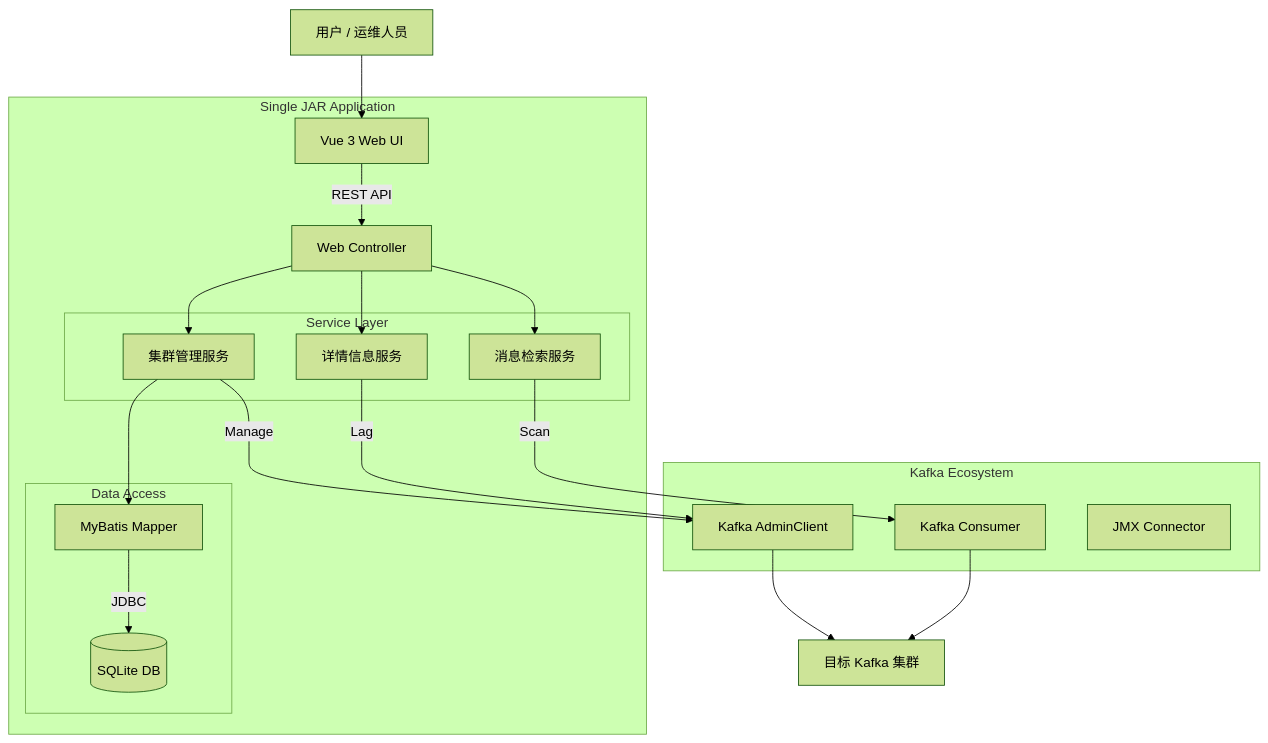
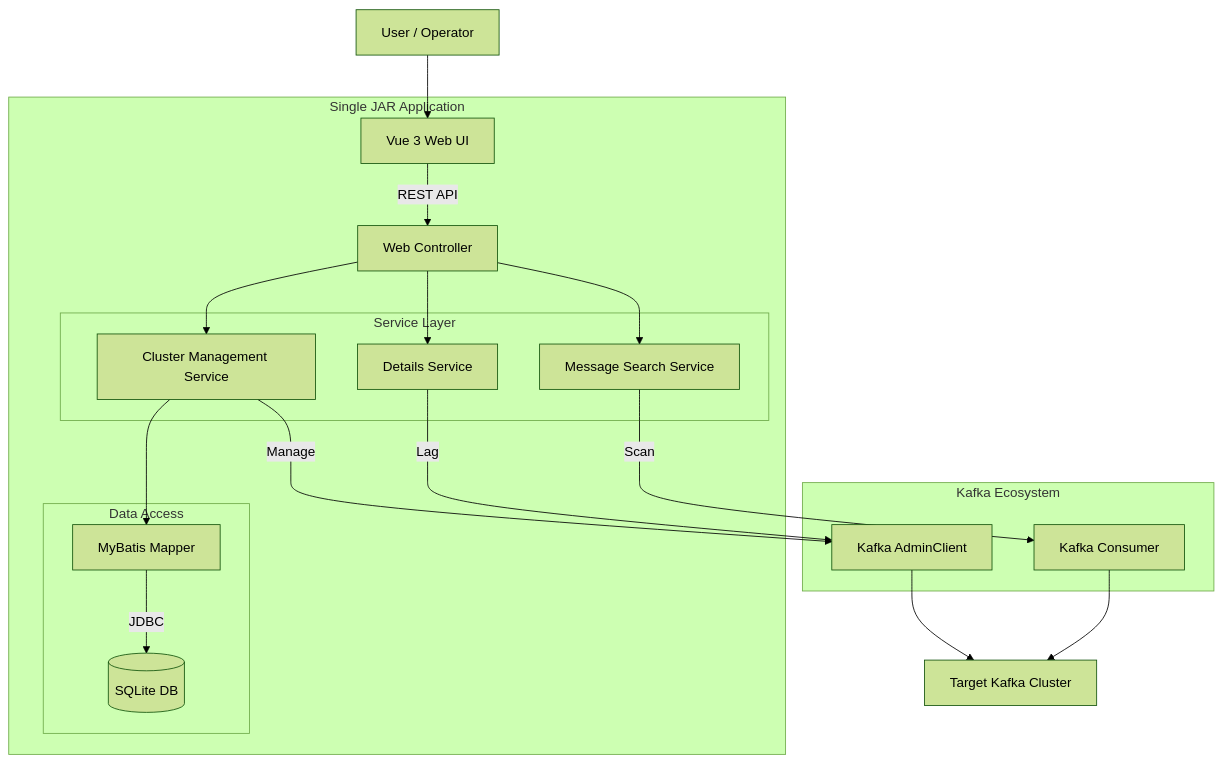
The second of 2 diagrams in README.md (reset-all/kafka-view), drawn with Mermaid (forest theme) before and after one commit.

````diff
--- a/README.md
+++ b/README.md
@@ -84,31 +84,30 @@
     ```mermaid
     graph TD
-        User[用户 / 运维人员] --> WebUI[Vue 3 Web UI]
+        User[User / Operator] --> WebUI[Vue 3 Web UI]
         subgraph "Single JAR Application"
             WebUI --REST API--> Controller[Web Controller]
             subgraph "Service Layer"
-                ClusterSvc[集群管理服务]
-                MonitorSvc[详情信息服务]
-                SearchSvc[消息检索服务]
+                ClusterSvc[Cluster Management Service]
+                MonitorSvc[Details Service]
+                SearchSvc[Message Search Service]
             end
             Controller --> ClusterSvc
             Controller --> MonitorSvc
             Controller --> SearchSvc
             subgraph "Data Access"
                 MyBatis[MyBatis Mapper]
                 SQLite[(SQLite DB)]
                 MyBatis --JDBC--> SQLite
             end
             ClusterSvc --> MyBatis
         end
         subgraph "Kafka Ecosystem"
             AdminClient[Kafka AdminClient]
             Consumer[Kafka Consumer]
-            JMXConn[JMX Connector]
         end
         ClusterSvc --Manage--> AdminClient
         SearchSvc --Scan--> Consumer
         MonitorSvc --Lag--> AdminClient
-        AdminClient --> KafkaCluster[目标 Kafka 集群]
+        AdminClient --> KafkaCluster[Target Kafka Cluster]
         Consumer --> KafkaCluster
     ```
````
